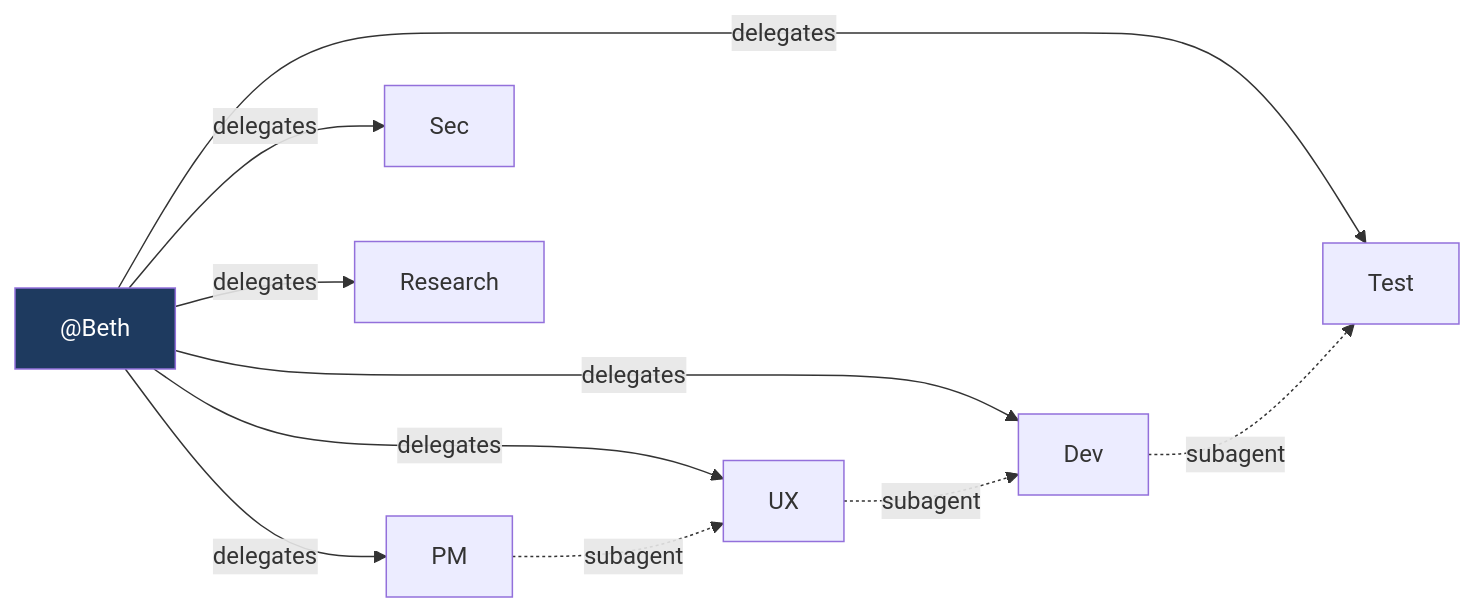
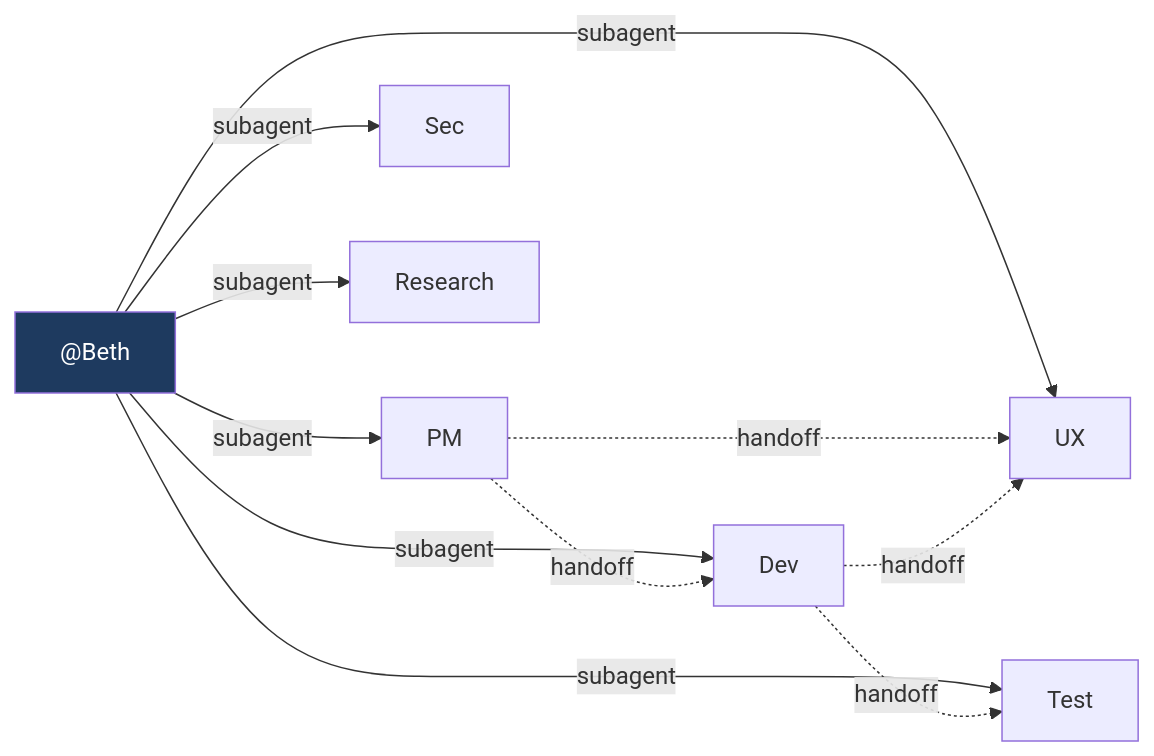
One commit to shyamsridhar123/ATV-AgentSkillsDemo changed the second of 7 diagrams in README.md. Above: the diagram before and after it, drawn with Mermaid. The commit also changed other lines of this file and 2 other files, not shown here.

Commit message:
beth-7bo: Simplify all architecture mermaid diagrams in README.md and SYSTEM-FLOW.md

````diff
--- a/README.md
+++ b/README.md
@@ -124,9 +123,8 @@
 ```mermaid
 flowchart LR
-    Beth["@Beth"] -->|delegates| PM["PM"] & UX["UX"] & Dev["Dev"] & Sec["Sec"] & Test["Test"] & Res["Research"]
-    PM -.->|subagent| UX
-    UX -.->|subagent| Dev
-    Dev -.->|subagent| Test
+    Beth["@Beth"] -->|subagent| PM["PM"] & UX["UX"] & Dev["Dev"] & Sec["Sec"] & Test["Test"] & Res["Research"]
+    PM -.->|handoff| UX & Dev
+    Dev -.->|handoff| Test & UX
 
     style Beth fill:#1e3a5f,color:#fff
 ```
````
